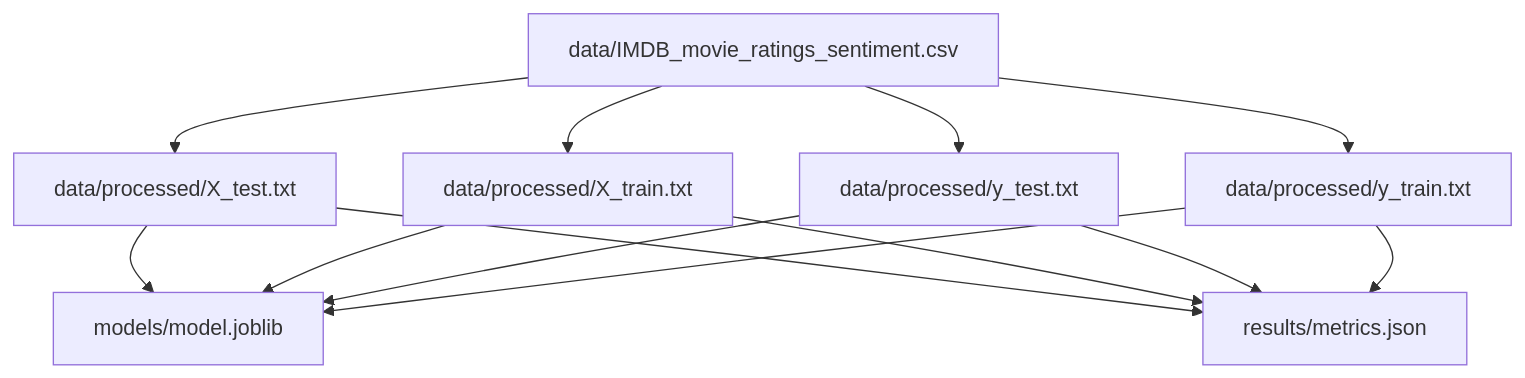
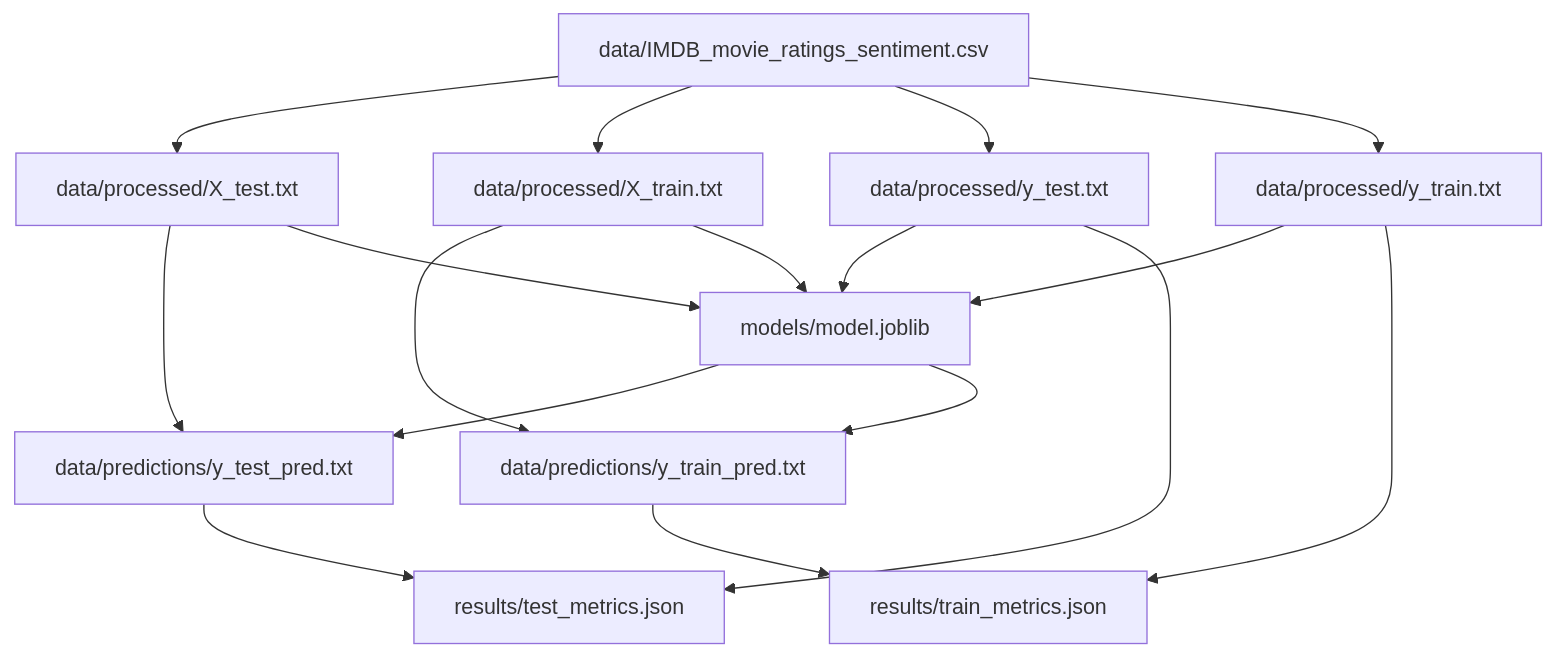
One commit to PacktPublishing/Open-Source-MLOps-with-DVC-and-CML changed the diagram in README.md. Above: the diagram before and after it, drawn with Mermaid. The commit also changed other lines of this file and 5 other files, not shown here.

````diff
--- a/README.md
+++ b/README.md
@@ -11,22 +11,29 @@
 ```mermaid
 flowchart TD
 	node1["data/IMDB_movie_ratings_sentiment.csv"]
-	node2["data/processed/X_test.txt"]
-	node3["data/processed/X_train.txt"]
-	node4["data/processed/y_test.txt"]
-	node5["data/processed/y_train.txt"]
-	node6["models/model.joblib"]
-	node7["results/metrics.json"]
-	node1-->node2
-	node1-->node3
+	node2["data/predictions/y_test_pred.txt"]
+	node3["data/predictions/y_train_pred.txt"]
+	node4["data/processed/X_test.txt"]
+	node5["data/processed/X_train.txt"]
+	node6["data/processed/y_test.txt"]
+	node7["data/processed/y_train.txt"]
+	node8["models/model.joblib"]
+	node9["results/test_metrics.json"]
+	node10["results/train_metrics.json"]
 	node1-->node4
 	node1-->node5
-	node2-->node6
-	node2-->node7
-	node3-->node6
-	node3-->node7
-	node4-->node6
-	node4-->node7
-	node5-->node6
-	node5-->node7
+	node1-->node6
+	node1-->node7
+	node2-->node9
+	node3-->node10
+	node4-->node2
+	node4-->node8
+	node5-->node3
+	node5-->node8
+	node6-->node8
+	node6-->node9
+	node7-->node8
+	node7-->node10
+	node8-->node2
+	node8-->node3
 ```
````
